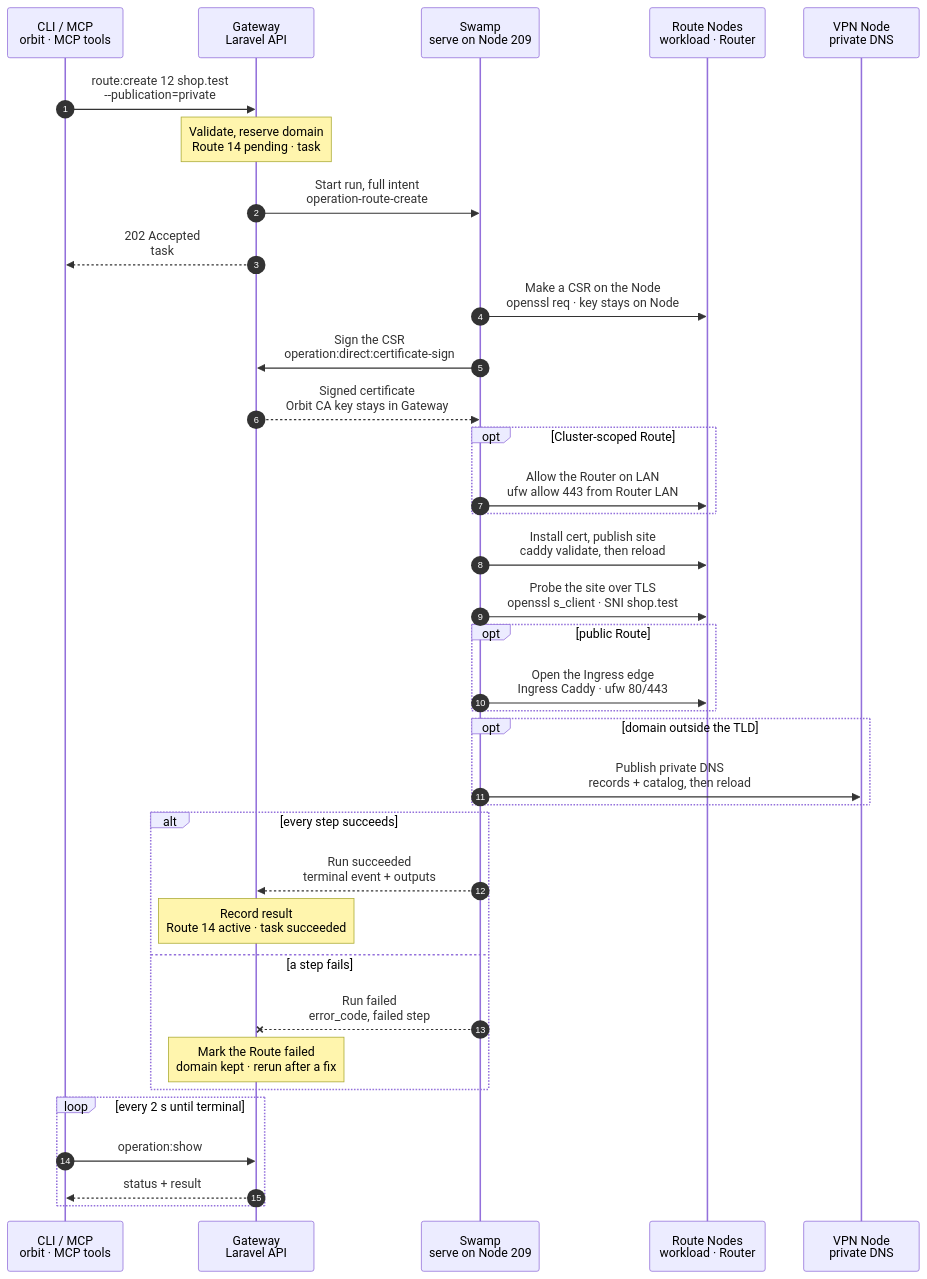
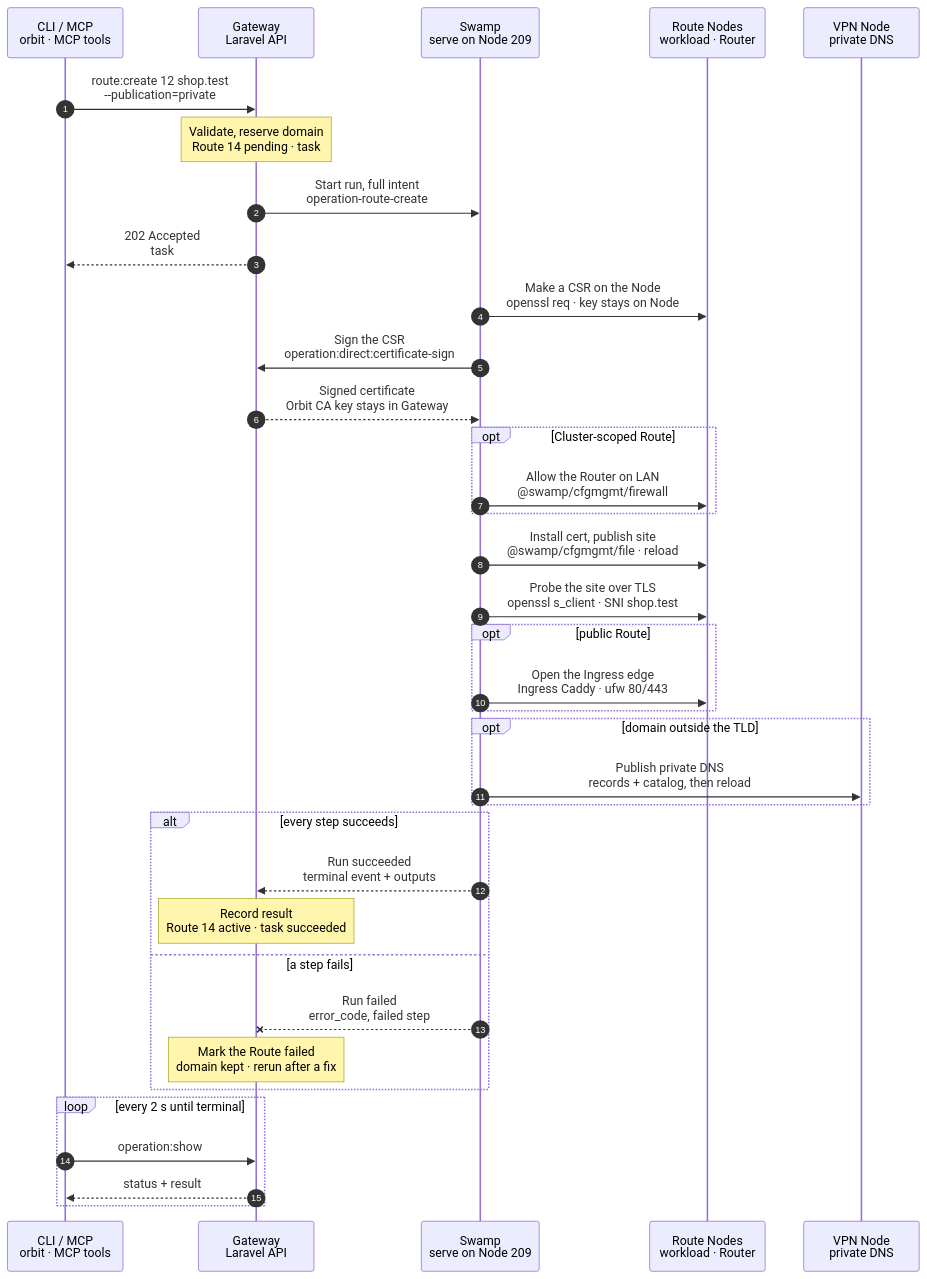
Before and after one commit to hardimpactdev/orbit: the diagram in docs/cli/route/create.mmd, drawn with Mermaid.

Commit message:
docs(cli): tighten route.create chart

```diff
--- a/docs/cli/route/create.mmd
+++ b/docs/cli/route/create.mmd
@@ -1,156 +1,160 @@
 sequenceDiagram
   %% Target design: ADR 0244 task, DECISIONS R1-R4, no DNS hold, TLD-wide private DNS, web root at instance:create, cert+site one step (Nick 2026-11-02), firewall.allow shape, Gateway signs CSRs (root-of-trust), single-swamp-node. docs/cli/route.mdx, docs/reference/routes.md.
+  %% Checked: flow-tighten 2026-11-02, rules 14-22 (rule 22: name the cfgmgmt behaviors; no other change).
   %% status: draft
   %% command: route:create
   %% kind: route.create
   autonumber
   %% lane CLI icon=terminal pill=caller tone=gray
   %% lane GW icon=gateway pill=intent tone=blue
   %% lane SW icon=workflow pill=executes tone=green
   %% lane N icon=server pill=target tone=amber
   %% lane V icon=server pill=target tone=purple
   participant CLI as CLI / MCP<br/>orbit · MCP tools
   participant GW as Gateway<br/>Laravel API
   participant SW as Swamp<br/>serve on Node 209
   participant N as Route Nodes<br/>workload · Router
   participant V as VPN Node<br/>private DNS
   CLI->>GW: route:create 12 shop.test<br/>--publication=private
   %%> Command:
   %%> - `orbit route:create 12 shop.test --publication=private`
   %%> - syntax: `<instance> <domain> [--publication=private|public] [--web-root=PATH]`
   %%> Other forms:
   %%> - custom proxy: `<domain> --node=NODE --upstream=URL` or `<domain> --node=NODE --process=PROCESS`
   %%> - public Process Route: `<domain> --process=PROCESS [--ingress=NODE] --publication=public`
   %%> Input:
   %%> - Instance 12 sets the Project and the scope: its Node, or its active Cluster
   %%> - the domain; the Gateway normalizes it
   %%> - publication is `private` unless you ask for `public`
   %%> Who can call it:
   %%> - the `orbit` CLI and the MCP tool send the same request
   Note over GW: Validate, reserve domain<br/>Route 14 pending · task #5120
   %%> Requirements:
   %%> - your Node has an access grant to Node 7, the Node of Instance 12
   %%> - Instance 12 is active and has a supported web root
   %%> - the domain is valid, free, and not a reserved name such as `gateway.orbit`
   %%> - Instance 12 has no other Route without a web root (`route.target_conflict`)
   %%> - a Cluster-scoped Route needs an active Router (`route.router_required`)
   %%> - a public Route needs production targets and a serving Ingress
   %%> Locks:
   %%> - the projection lock and the Instance environment owner of Instance 12
   %%> - a busy lock is waited for up to 30 s, then `app-dev.projection_busy`
   %%> Builds:
   %%> - the Caddy site blocks for every affected Node, the certificate leaves, the LAN tuples and the private DNS records
   %%> Result:
   %%> - Route 14 recorded as `pending`, unpublished, with the domain reserved
   %%> - task #5120 recorded with the full intent
   %%> - nothing has happened on a Node yet
   GW->>SW: Start run, full intent<br/>operation-route-create
   %%> What it does:
   %%> - starts one Swamp run on serve (Node 209)
   %%> Inputs:
   %%> - the rendered Caddy blocks before and after, per Node
   %%> - the certificate leaves: Node, scope, domain, Node user
   %%> - LAN tuples, DNS records, probes, and each Node's address and SSH host keys
   %%> - production `.env` material only as vault key names in `orbit-control-inputs` (R3)
   %%> - the SSH identity comes from the `swamp` role
   GW-->>CLI: 202 Accepted<br/>task #5120
   %%> What you get:
   %%> - the task number, at once
   %%> Next:
   %%> - the CLI follows the task with `operation:show`
   SW->>N: Make a CSR on the Node<br/>openssl req · key stays on Node
   %%> How:
   %%> - Swamp reaches Node 7, and the Router for a Cluster Route, over `@swamp/ssh` from 209
   %%> What it does:
   %%> - makes a new private key and a certificate request for `shop.test`
   %%> - returns only the public CSR to Swamp
   %%> Why:
   %%> - the private key never leaves the Node
   SW->>GW: Sign the CSR<br/>operation:direct:certificate-sign
   %%> What it does:
   %%> - sends the CSRs with task #5120 and the run id
   %%> Why:
   %%> - the Orbit CA key stays in the Gateway; signing is the one step that calls the Gateway
   %%> Requirements:
   %%> - the Gateway checks the task, the run, and that each CSR matches an admitted leaf
   GW-->>SW: Signed certificate<br/>Orbit CA key stays in Gateway
   %%> Returns:
   %%> - one public certificate bundle per leaf
   opt Cluster-scoped Route
-    SW->>N: Allow the Router on LAN<br/>ufw allow 443 from Router LAN
+    SW->>N: Allow the Router on LAN<br/>@swamp/cfgmgmt/firewall
     %%> What it does:
     %%> - on the workload Node, allows TCP 443 from the Router's LAN address
     %%> - an identical tuple that another Route uses is left as it is
+    %%> - a managed rule goes below the operator rules, so `@swamp/cfgmgmt/firewall` needs no insert position
     %%> Why:
     %%> - the Router forwards to the workload over LAN, with no WireGuard fallback
   end
-  SW->>N: Install cert, publish site<br/>caddy validate, then reload
+  SW->>N: Install cert, publish site<br/>@swamp/cfgmgmt/file · reload
   %%> What it does:
   %%> - writes the certificate next to its key, owned `root:caddy`, mode 0750, and checks it matches the key and domain
   %%> - writes the new site blocks into the Caddyfile of each affected Node
   %%> - validates the whole file, then reloads Caddy
+  %%> How:
+  %%> - `@swamp/cfgmgmt/file` for the certificate and the Caddyfile, `caddy validate` as one `@swamp/ssh exec`, then a reload with `@swamp/cfgmgmt/systemd`
   %%> Why reload:
   %%> - a reload keeps open connections; Caddy is never restarted (rule 7)
   %%> Refuses:
   %%> - a validation error; the old Caddyfile stays in place
   %%> Why one step:
   %%> - same Node, back to back; the certificate never sits on the Node without its site
   SW->>N: Probe the site over TLS<br/>openssl s_client · SNI shop.test
   %%> What it does:
   %%> - connects from 209 to the workload, or the Router, on port 443 with the Route domain as SNI
   %%> - requires a chain the Orbit root trusts
   %%> Why:
   %%> - the Route only counts as served when the probe passes
   %%> Not included:
   %%> - the application's own HTTP answer; a 500 does not fail the Route
   opt public Route
     SW->>N: Open the Ingress edge<br/>Ingress Caddy · ufw 80/443
     %%> What it does:
     %%> - publishes the public site on the Ingress, with `tls force_automate` for Let's Encrypt
     %%> - opens `orbit:ingress-http` and `orbit:ingress-https` when they are closed
     %%> Not included:
     %%> - the public DNS record; you create it yourself
     %%> - waiting for Let's Encrypt; Caddy retries on its own
   end
   opt domain outside the TLD
     SW->>V: Publish private DNS<br/>records + catalog, then reload
     %%> What it does:
     %%> - adds the domain, for example `shop.nick.dev`, pointing at Node 7, or at the Router for a Cluster Route
     %%> - checks the loaded catalog and a DNS reply
     %%> Order:
     %%> - DNS goes last, so a name only resolves when its site serves
     %%> When:
     %%> - only when the domain is outside the TLD of Node 7 or its Cluster
     %%> - `shop.test` needs no record: private DNS already answers all of `.test` with Node 7
   end
   alt every step succeeds
     SW-->>GW: Run succeeded<br/>terminal event + outputs
     %%> How the Gateway learns it:
     %%> - its shared run reader sees the terminal event; Swamp never calls the Gateway
     Note over GW: Record result<br/>Route 14 active · task succeeded
     %%> Result:
     %%> - Route 14 becomes `active` and Instance 12 shows `https://shop.test`
     %%> - task #5120 succeeds
   else a step fails
     SW--xGW: Run failed<br/>error_code, failed step
     %%> The Gateway reads:
     %%> - which step failed and its error code
     Note over GW: Mark the Route failed<br/>domain kept · rerun after a fix
     %%> Result:
     %%> - Route 14 is marked `failed` with `failed_step` and `error_code`; the domain stays reserved
     %%> - task #5120 fails
     %%> On the Node:
     %%> - what the run added stays; there is no rollback
     %%> - that is safe: Route 14 shows `failed`, and a rerun converges the same state
     %%> Retry:
     %%> - run the same command again after fixing the cause; it is a new task and skips finished steps
     %%> - to give up instead, run `route:destroy 14`; it removes what the run added
   end
   loop every 2 s until terminal
     CLI->>GW: operation:show #5120
     %%> What it does:
     %%> - asks for the task's status every 2 seconds until it has ended
     GW-->>CLI: status + result
     %%> Returns:
     %%> - the current status, and the result once the task has ended
   end
```
